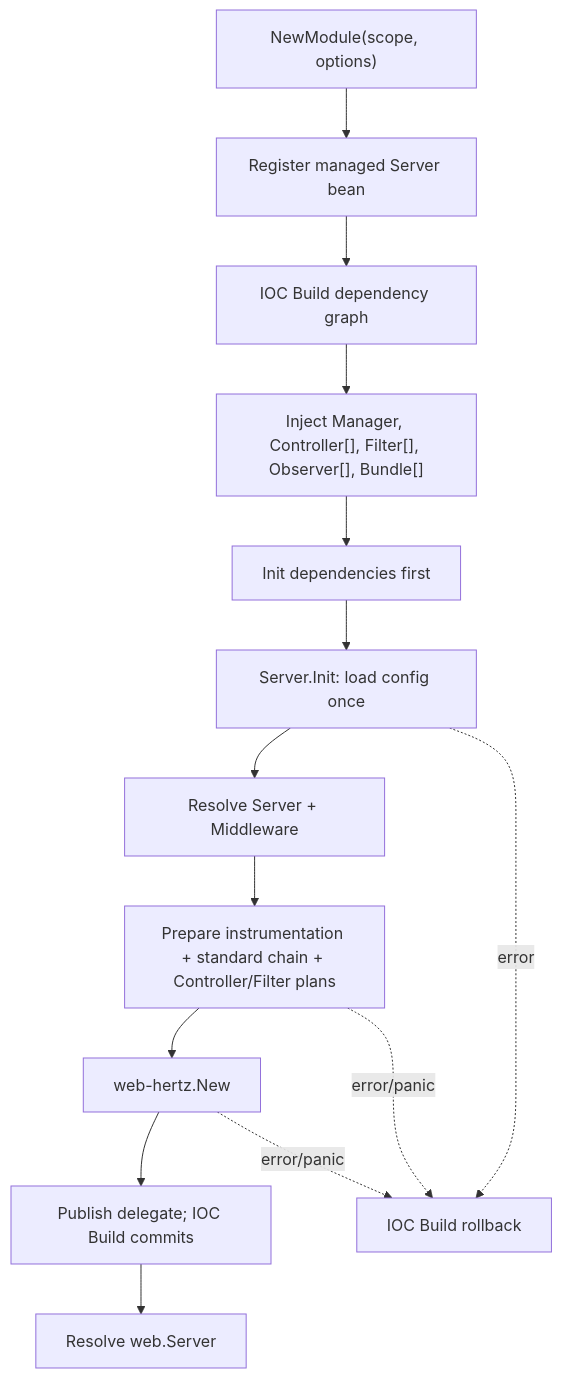
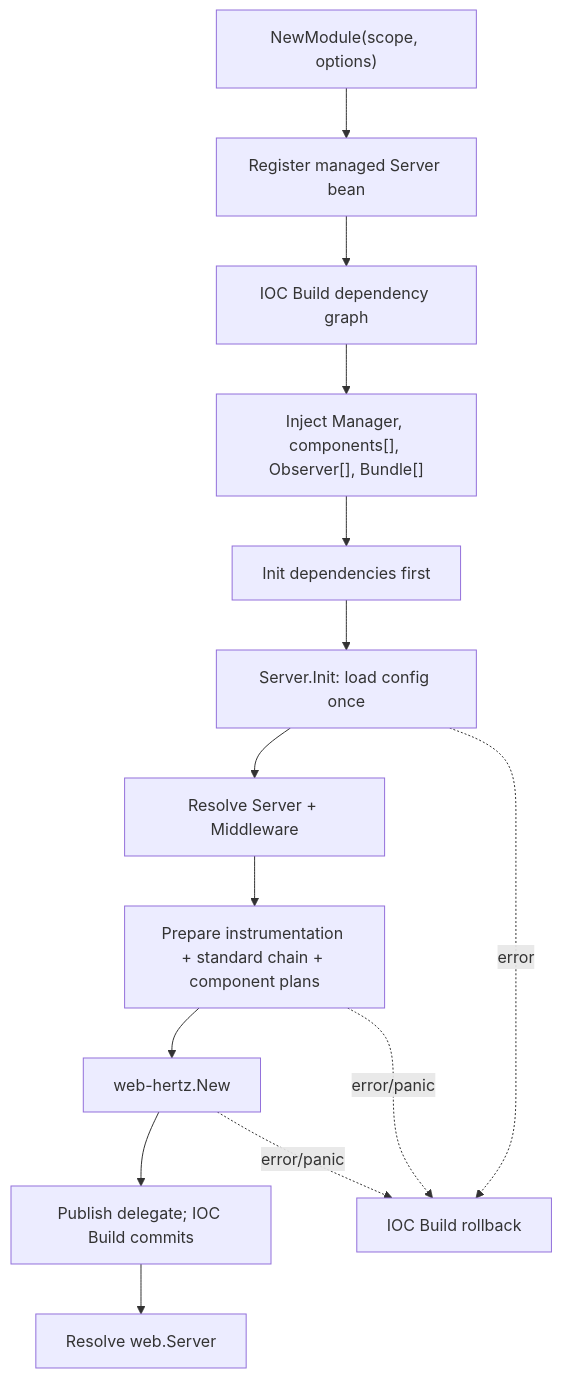
The second of 2 diagrams in docs/architecture/app-web-hertz-design.md (yangzhuangqiu/gobase), drawn with Mermaid before and after one commit. The commit also changed other lines of this file and 63 other files, not shown here.

````diff
--- a/docs/architecture/app-web-hertz-design.md
+++ b/docs/architecture/app-web-hertz-design.md
@@ -113,16 +115,16 @@
 ```mermaid
 flowchart TD
     D["NewModule(scope, options)"] --> R["Register managed Server bean"]
     R --> B["IOC Build dependency graph"]
-    B --> J["Inject Manager, Controller[], Filter[], Observer[], Bundle[]"]
+    B --> J["Inject Manager, components[], Observer[], Bundle[]"]
     J --> C["Init dependencies first"]
     C --> L["Server.Init: load config once"]
     L --> S["Resolve Server + Middleware"]
-    S --> P["Prepare instrumentation + standard chain + Controller/Filter plans"]
+    S --> P["Prepare instrumentation + standard chain + component plans"]
     P --> H["web-hertz.New"]
     H --> K["Publish delegate; IOC Build commits"]
     K --> X["Resolve web.Server"]
     L -. error .-> F["IOC Build rollback"]
     P -. error/panic .-> F
     H -. error/panic .-> F
 ```
````
